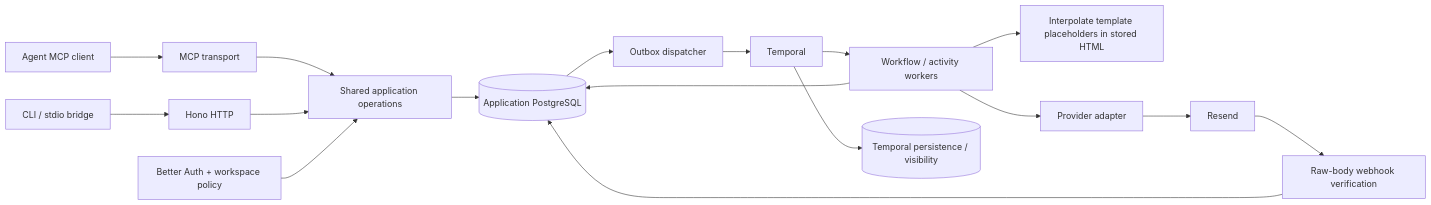
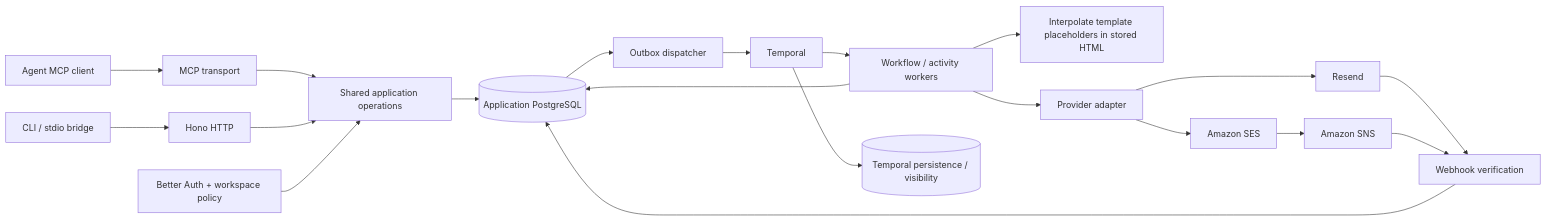
One commit to socialrobot-io/rachet changed the diagram in docs/ARCHITECTURE.md. Above: the diagram before and after it, drawn with Mermaid. The commit also changed other lines of this file and 28 other files, not shown here.

Commit message:
feat(email): add Amazon SES workflow delivery

````diff
--- a/docs/ARCHITECTURE.md
+++ b/docs/ARCHITECTURE.md
@@ -15,19 +15,21 @@
 ```mermaid
 flowchart LR
   Agent[Agent MCP client] --> MCP[MCP transport]
   CLI[CLI / stdio bridge] --> HTTP[Hono HTTP]
   MCP --> Ops[Shared application operations]
   HTTP --> Ops
   Auth[Better Auth + workspace policy] --> Ops
   Ops --> PG[(Application PostgreSQL)]
   PG --> Outbox[Outbox dispatcher]
   Outbox --> T[Temporal]
   T --> W[Workflow / activity workers]
   W --> PG
   W --> Interpolate[Interpolate template placeholders in stored HTML]
   W --> Adapter[Provider adapter]
   Adapter --> Resend[Resend]
-  Resend --> Hook[Raw-body webhook verification]
+  Adapter --> SES[Amazon SES]
+  Resend --> Hook[Webhook verification]
+  SES --> SNS[Amazon SNS] --> Hook
   Hook --> PG
   T --> TP[(Temporal persistence / visibility)]
 ```
````
